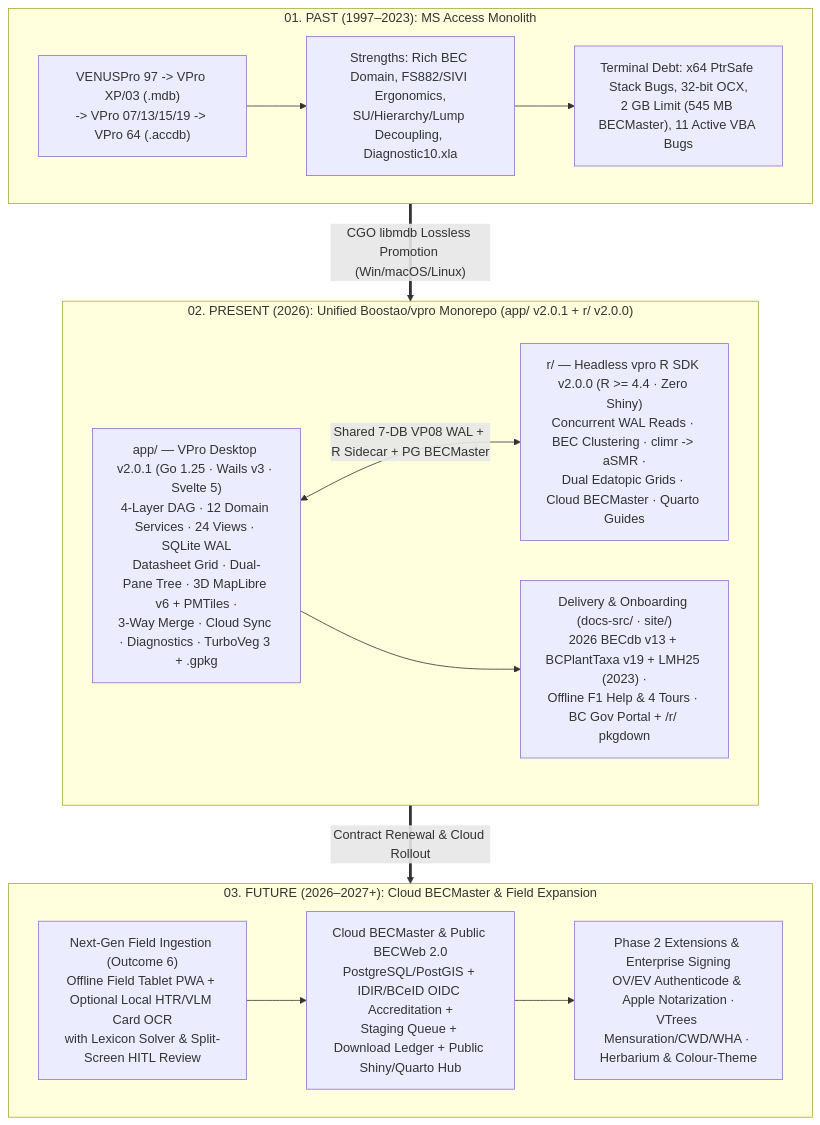
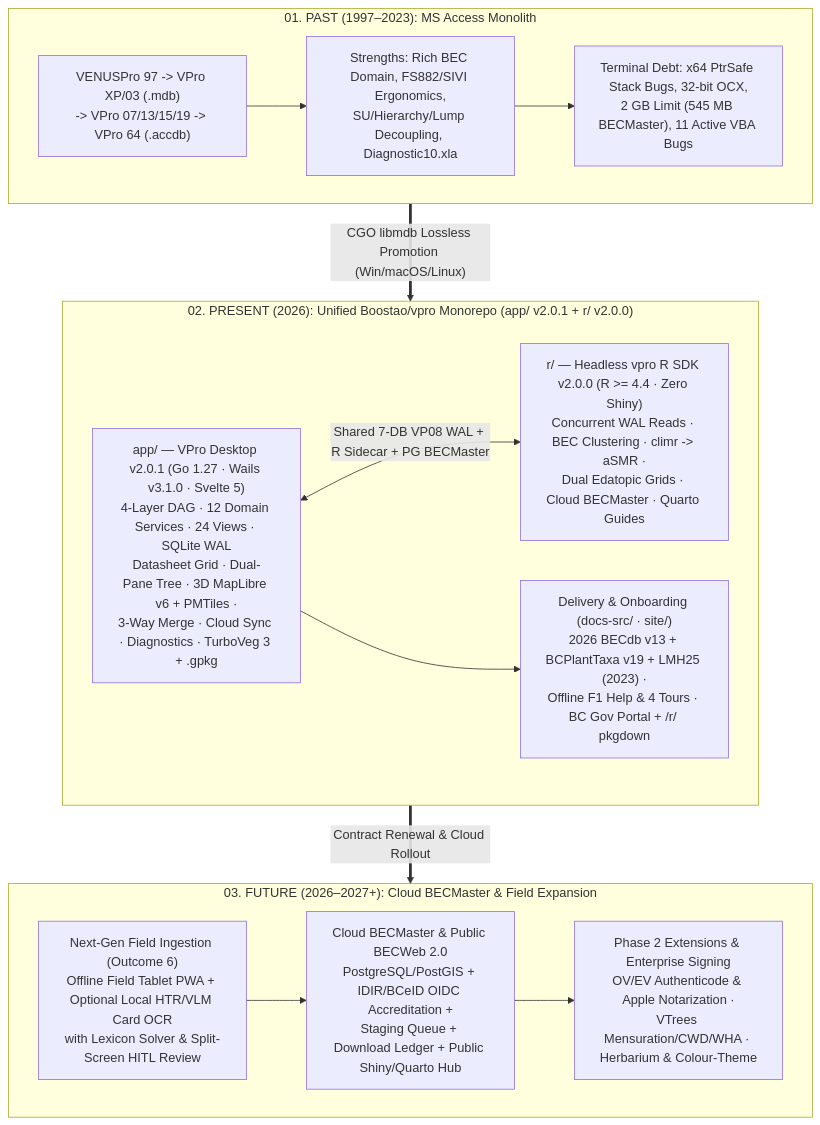
One commit to Boostao/vpro changed the diagram in okf/00_index.md. Above: the diagram before and after it, drawn with Mermaid. The commit also changed other lines of this file and 110 other files, not shown here.

````diff
--- a/okf/00_index.md
+++ b/okf/00_index.md
@@ -28,28 +28,28 @@
 ```mermaid
 flowchart TB
     subgraph Past["01. PAST (1997–2023): MS Access Monolith"]
         P1["VENUSPro 97 -> VPro XP/03 (.mdb)<br/>-> VPro 07/13/15/19 -> VPro 64 (.accdb)"]
         P2["Strengths: Rich BEC Domain, FS882/SIVI Ergonomics,<br/>SU/Hierarchy/Lump Decoupling, Diagnostic10.xla"]
         P3["Terminal Debt: x64 PtrSafe Stack Bugs, 32-bit OCX,<br/>2 GB Limit (545 MB BECMaster), 11 Active VBA Bugs"]
         P1 --> P2 --> P3
     end
 
     subgraph Present["02. PRESENT (2026): Unified Boostao/vpro Monorepo (app/ v2.0.1 + r/ v2.0.0)"]
-        C1["app/ — VPro Desktop v2.0.1 (Go 1.25 · Wails v3 · Svelte 5)<br/>4-Layer DAG · 12 Domain Services · 24 Views · SQLite WAL<br/>Datasheet Grid · Dual-Pane Tree · 3D MapLibre v6 + PMTiles ·<br/>3-Way Merge · Cloud Sync · Diagnostics · TurboVeg 3 + .gpkg"]
+        C1["app/ — VPro Desktop v2.0.1 (Go 1.27 · Wails v3.1.0 · Svelte 5)<br/>4-Layer DAG · 12 Domain Services · 24 Views · SQLite WAL<br/>Datasheet Grid · Dual-Pane Tree · 3D MapLibre v6 + PMTiles ·<br/>3-Way Merge · Cloud Sync · Diagnostics · TurboVeg 3 + .gpkg"]
         C2["r/ — Headless vpro R SDK v2.0.0 (R >= 4.4 · Zero Shiny)<br/>Concurrent WAL Reads · BEC Clustering · climr -> aSMR ·<br/>Dual Edatopic Grids · Cloud BECMaster · Quarto Guides"]
         C3["Delivery & Onboarding (docs-src/ · site/)<br/>2026 BECdb v13 + BCPlantTaxa v19 + LMH25 (2023) ·<br/>Offline F1 Help & 4 Tours · BC Gov Portal + /r/ pkgdown"]
         C1 <-->|"Shared 7-DB VP08 WAL + R Sidecar + PG BECMaster"| C2
         C1 --> C3
     end
 
     subgraph Future["03. FUTURE (2026–2027+): Cloud BECMaster & Field Expansion"]
         F1["Cloud BECMaster & Public BECWeb 2.0<br/>PostgreSQL/PostGIS + IDIR/BCeID OIDC Accreditation +<br/>Staging Queue + Download Ledger + Public Shiny/Quarto Hub"]
         F2["Next-Gen Field Ingestion (Outcome 6)<br/>Offline Field Tablet PWA + Optional Local HTR/VLM Card OCR<br/>with Lexicon Solver & Split-Screen HITL Review"]
         F3["Phase 2 Extensions & Enterprise Signing<br/>OV/EV Authenticode & Apple Notarization ·<br/>VTrees Mensuration/CWD/WHA · Herbarium & Colour-Theme"]
         F1 --> F3
         F2 --> F1
     end
 
     Past ==>|"CGO libmdb Lossless Promotion (Win/macOS/Linux)"| Present
     Present ==>|"Contract Renewal & Cloud Rollout"| Future
 ```
````
